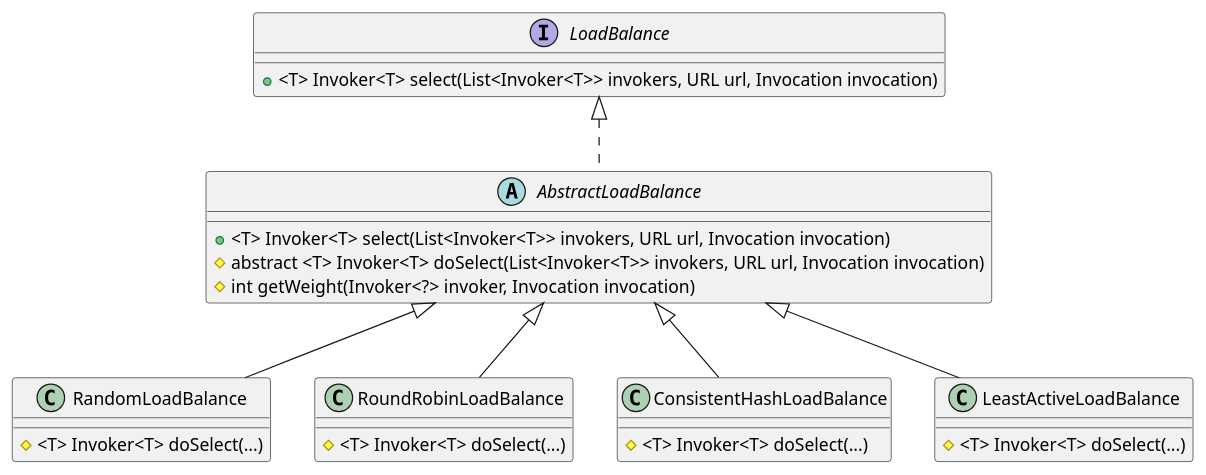
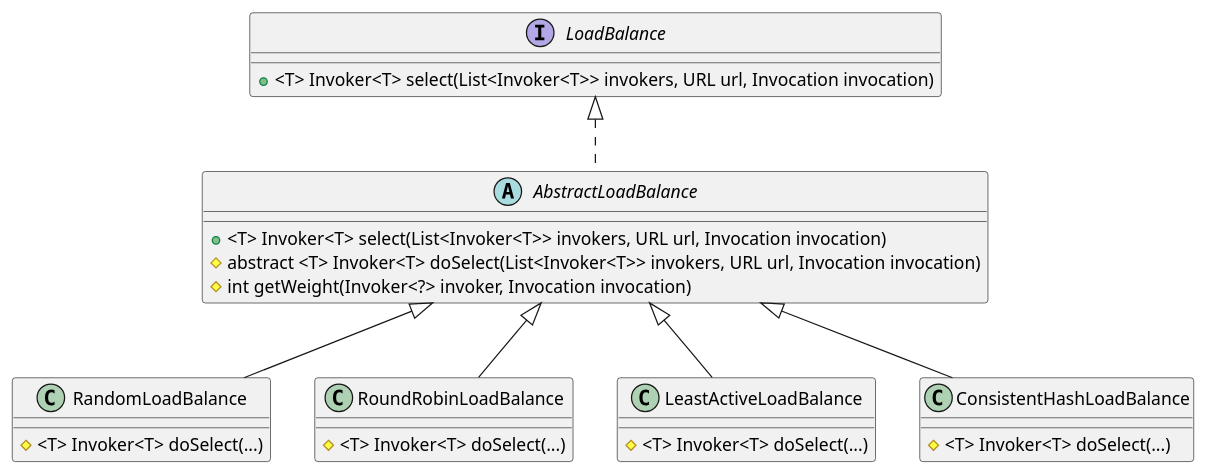
One commit to zhaojigang/dubbo-notes changed the diagram in dubbo-cluster/src/main/java/com/alibaba/dubbo/rpc/cluster/uml/loadbalance.puml. Above: the diagram before and after it, drawn with PlantUML. The commit also changed 4 other files, not shown here.

```diff
--- a/dubbo-cluster/src/main/java/com/alibaba/dubbo/rpc/cluster/uml/loadbalance.puml
+++ b/dubbo-cluster/src/main/java/com/alibaba/dubbo/rpc/cluster/uml/loadbalance.puml
@@ -1,29 +1,30 @@
 @startuml
 
 interface LoadBalance {
     + <T> Invoker<T> select(List<Invoker<T>> invokers, URL url, Invocation invocation)
 }
 
 abstract class AbstractLoadBalance implements LoadBalance {
     + <T> Invoker<T> select(List<Invoker<T>> invokers, URL url, Invocation invocation)
     # abstract <T> Invoker<T> doSelect(List<Invoker<T>> invokers, URL url, Invocation invocation)
     # int getWeight(Invoker<?> invoker, Invocation invocation)
 }
 
 class RandomLoadBalance extends AbstractLoadBalance {
     # <T> Invoker<T> doSelect(...)
 }
 
 class RoundRobinLoadBalance extends AbstractLoadBalance {
     # <T> Invoker<T> doSelect(...)
 }
 
+class LeastActiveLoadBalance extends AbstractLoadBalance {
+    # <T> Invoker<T> doSelect(...)
+}
+
 class ConsistentHashLoadBalance extends AbstractLoadBalance {
     # <T> Invoker<T> doSelect(...)
 }
 
-class LeastActiveLoadBalance extends AbstractLoadBalance {
-    # <T> Invoker<T> doSelect(...)
-}
 
 @enduml
```
